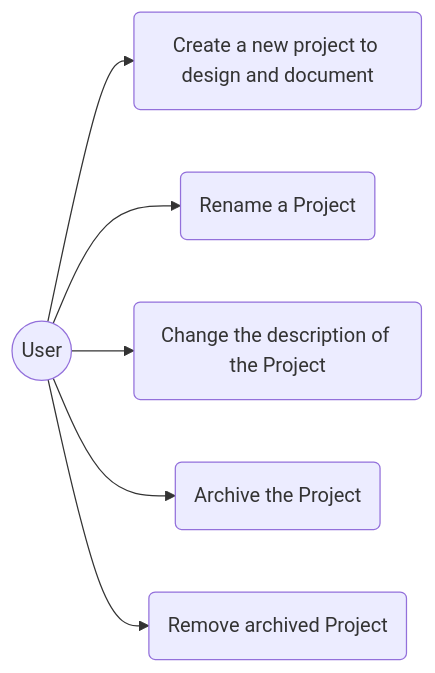
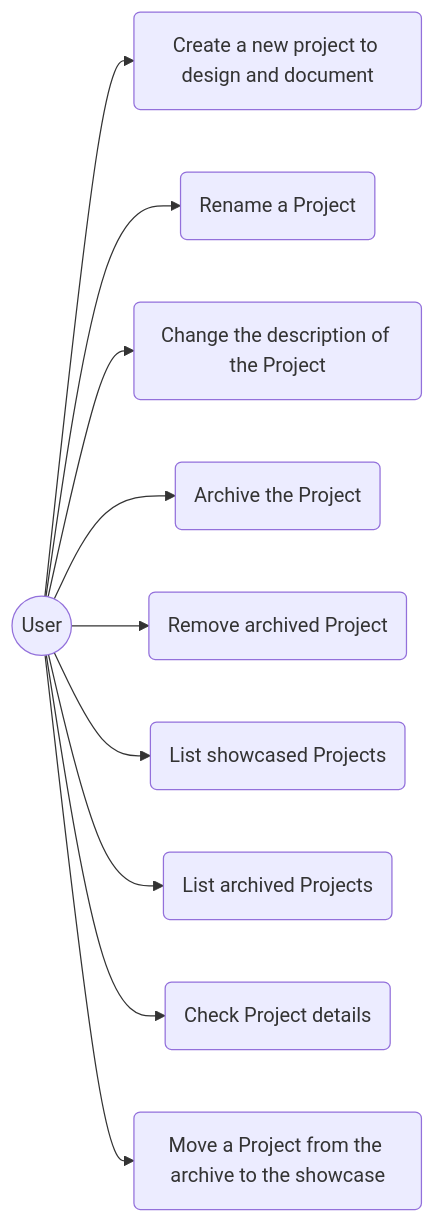
Before and after one commit to stsh89/metropolis: the fourth of 4 diagrams in docs/src/projects/project.md, drawn with Mermaid. The commit also changed other lines of this file, not shown here.

Commit message:
Improve Project documentation

````diff
--- a/docs/src/projects/project.md
+++ b/docs/src/projects/project.md
@@ -38,10 +49,14 @@
 ```mermaid
 flowchart LR
     U((User))
 
     U --> A1(Create a new project to design and document)
     U --> A2(Rename a Project)
     U --> A3(Change the description of the Project)
     U --> A4(Archive the Project)
     U --> A5(Remove archived Project)
+    U --> A6(List showcased Projects)
+    U --> A7(List archived Projects)
+    U --> A8(Check Project details)
+    U --> A9(Move a Project from the archive to the showcase)
 ```
````
